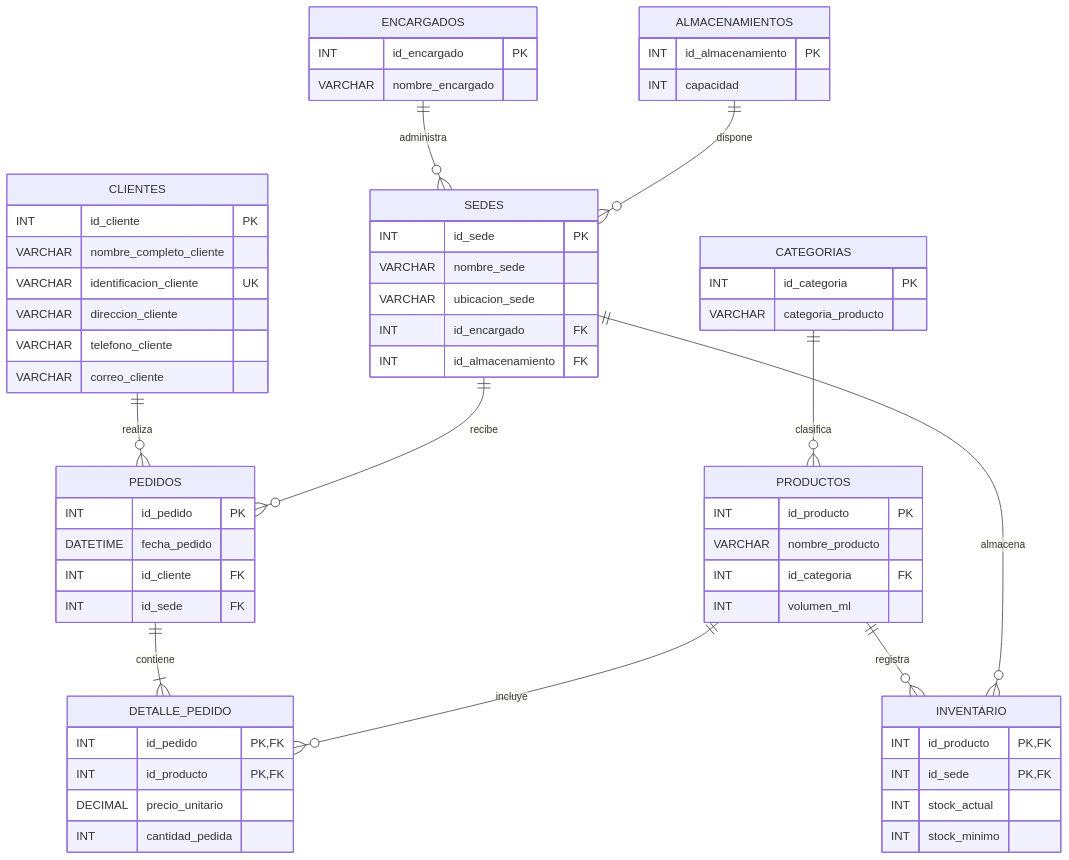
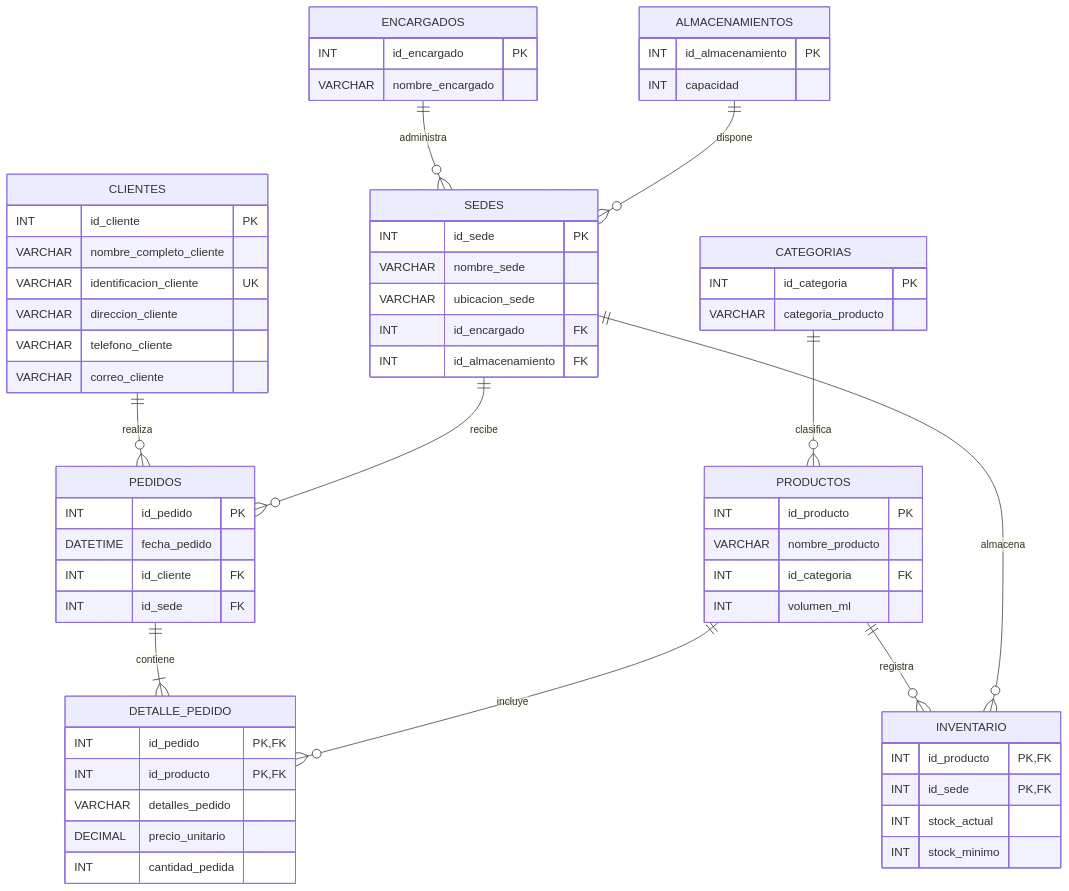
One commit to Velasco-c/distribuidora_gaseosas changed the diagram in evidence/entities.md. Above: the diagram before and after it, drawn with Mermaid. The commit also changed other lines of this file, not shown here.

````diff
--- a/evidence/entities.md
+++ b/evidence/entities.md
@@ -145,81 +160,82 @@
 ```mermaid
 erDiagram
 
     CLIENTES ||--o{ PEDIDOS : realiza
 
     SEDES ||--o{ PEDIDOS : recibe
 
     PEDIDOS ||--|{ DETALLE_PEDIDO : contiene
 
     PRODUCTOS ||--o{ DETALLE_PEDIDO : incluye
 
     CATEGORIAS ||--o{ PRODUCTOS : clasifica
 
     PRODUCTOS ||--o{ INVENTARIO : registra
 
     SEDES ||--o{ INVENTARIO : almacena
 
     ENCARGADOS ||--o{ SEDES : administra
 
     ALMACENAMIENTOS ||--o{ SEDES : dispone
 
     CLIENTES {
         INT id_cliente PK
         VARCHAR nombre_completo_cliente
         VARCHAR identificacion_cliente UK
         VARCHAR direccion_cliente
         VARCHAR telefono_cliente
         VARCHAR correo_cliente
     }
 
     CATEGORIAS {
         INT id_categoria PK
         VARCHAR categoria_producto
     }
 
     PRODUCTOS {
         INT id_producto PK
         VARCHAR nombre_producto
         INT id_categoria FK
         INT volumen_ml
     }
 
     ENCARGADOS {
         INT id_encargado PK
         VARCHAR nombre_encargado
     }
 
     ALMACENAMIENTOS {
         INT id_almacenamiento PK
         INT capacidad
     }
 
     SEDES {
         INT id_sede PK
         VARCHAR nombre_sede
         VARCHAR ubicacion_sede
         INT id_encargado FK
         INT id_almacenamiento FK
     }
 
     INVENTARIO {
         INT id_producto PK, FK
         INT id_sede PK, FK
         INT stock_actual
         INT stock_minimo
     }
 
     PEDIDOS {
         INT id_pedido PK
         DATETIME fecha_pedido
         INT id_cliente FK
         INT id_sede FK
     }
 
     DETALLE_PEDIDO {
         INT id_pedido PK, FK
         INT id_producto PK, FK
+        VARCHAR detalles_pedido
         DECIMAL precio_unitario
         INT cantidad_pedida
     }
 ```
````
